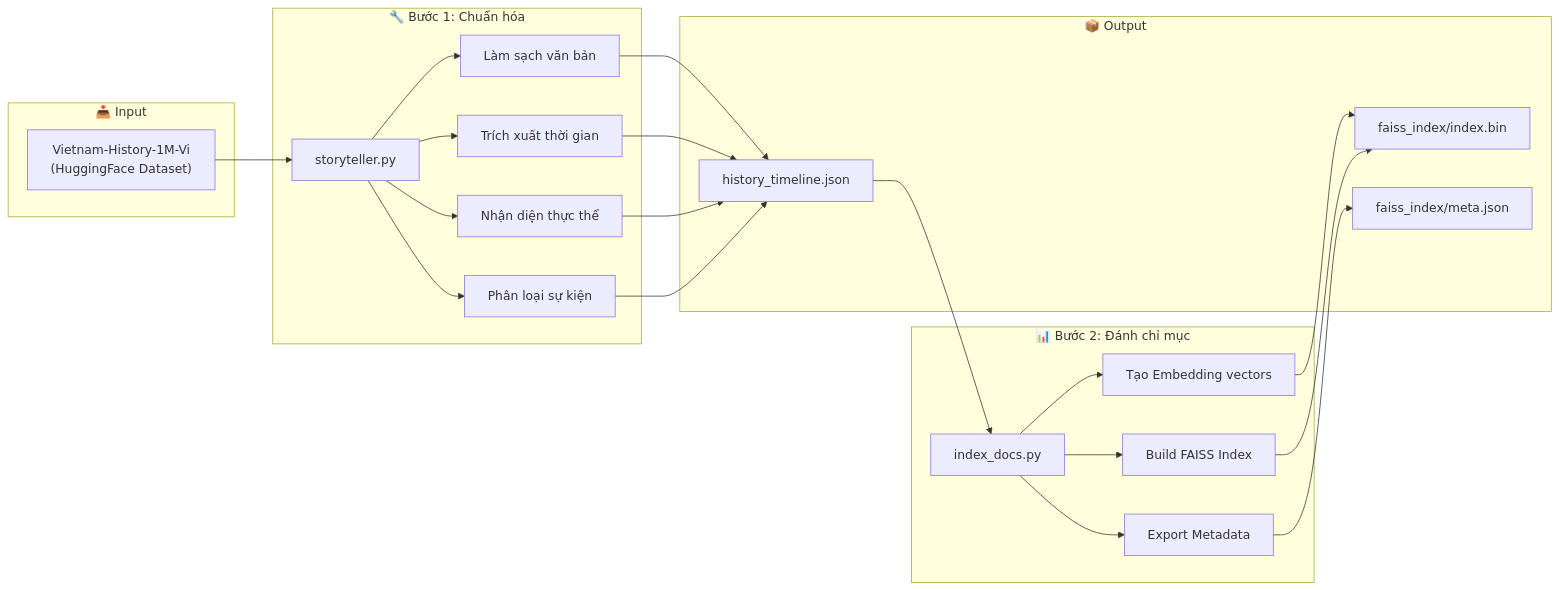
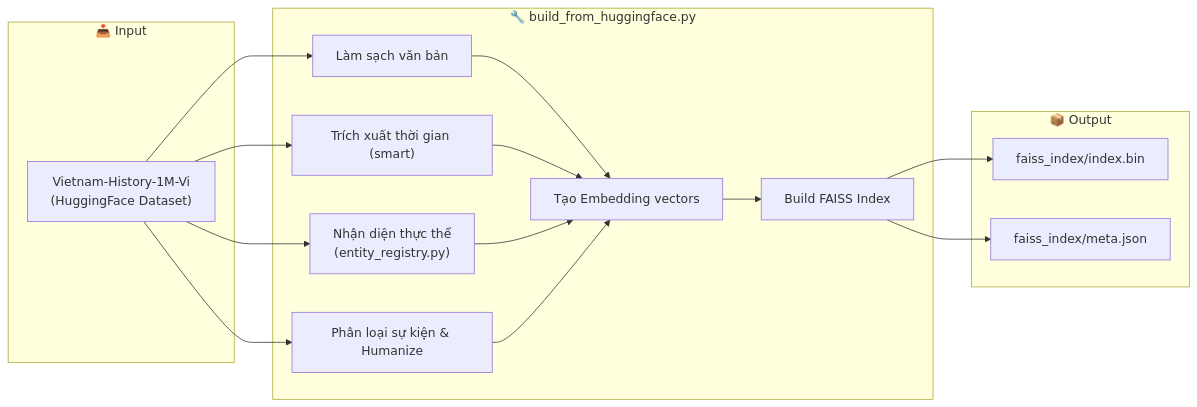
The second of 6 diagrams in README.md (HistoryMindAI/vietnam_history_dataset), drawn with Mermaid before and after one commit. The commit also changed other lines of this file and 8 other files, not shown here.

````diff
--- a/README.md
+++ b/README.md
@@ -55,36 +61,25 @@
 ```mermaid
 graph LR
     subgraph "📥 Input"
         A["Vietnam-History-1M-Vi<br/>(HuggingFace Dataset)"]
     end
 
-    subgraph "🔧 Bước 1: Chuẩn hóa"
-        B["storyteller.py"]
+    subgraph "🔧 build_from_huggingface.py"
         B1["Làm sạch văn bản"]
-        B2["Trích xuất thời gian"]
-        B3["Nhận diện thực thể"]
-        B4["Phân loại sự kiện"]
-    end
-
-    subgraph "📊 Bước 2: Đánh chỉ mục"
-        C["index_docs.py"]
-        C1["Tạo Embedding vectors"]
-        C2["Build FAISS Index"]
-        C3["Export Metadata"]
+        B2["Trích xuất thời gian (smart)"]
+        B3["Nhận diện thực thể<br/>(entity_registry.py)"]
+        B4["Phân loại sự kiện & Humanize"]
+        B5["Tạo Embedding vectors"]
+        B6["Build FAISS Index"]
     end
 
     subgraph "📦 Output"
-        D1["history_timeline.json"]
         D2["faiss_index/index.bin"]
         D3["faiss_index/meta.json"]
     end
 
-    A --> B
-    B --> B1 & B2 & B3 & B4
-    B1 & B2 & B3 & B4 --> D1
-    D1 --> C
-    C --> C1 & C2 & C3
-    C1 --> D2
-    C2 --> D2
-    C3 --> D3
+    A --> B1 & B2 & B3 & B4
+    B1 & B2 & B3 & B4 --> B5
+    B5 --> B6
+    B6 --> D2 & D3
 ```
````
